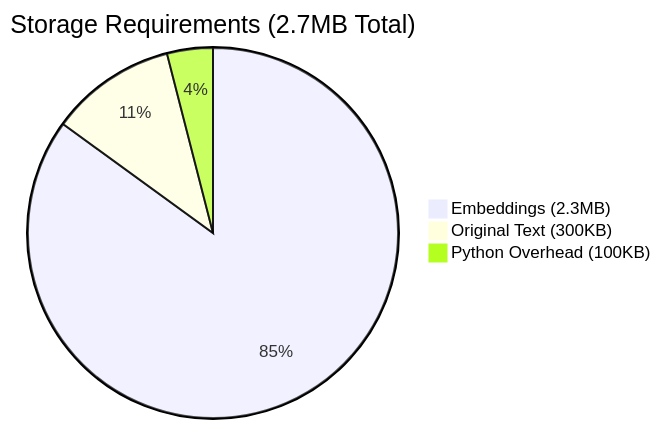
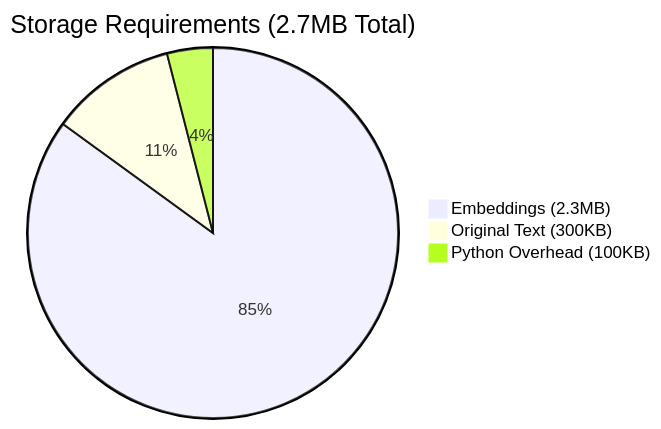
One commit to ovokpus/AIE8 changed diagram 13 of 16 in 02_Embeddings_and_RAG/Understanding_Pythonic_RAG.md. Above: the diagram before and after it, drawn with Mermaid. The commit also changed other lines of this file, not shown here.

Commit message:
fixed mermaid

````diff
--- a/02_Embeddings_and_RAG/Understanding_Pythonic_RAG.md
+++ b/02_Embeddings_and_RAG/Understanding_Pythonic_RAG.md
@@ -509,6 +509,7 @@
 ```mermaid
+%%{init: {"pie": {"textPosition": 0.5}, "themeVariables": {"pieTextColor": "#000000"}}}%%
 pie title Storage Requirements (2.7MB Total)
     "Embeddings (2.3MB)" : 85
     "Original Text (300KB)" : 11
     "Python Overhead (100KB)" : 4
 ```
````
